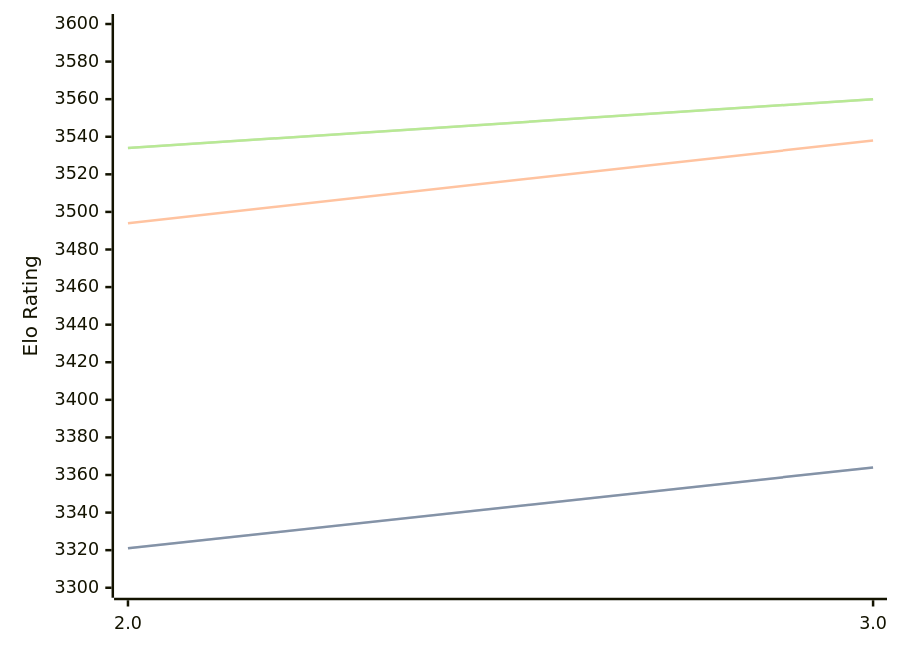
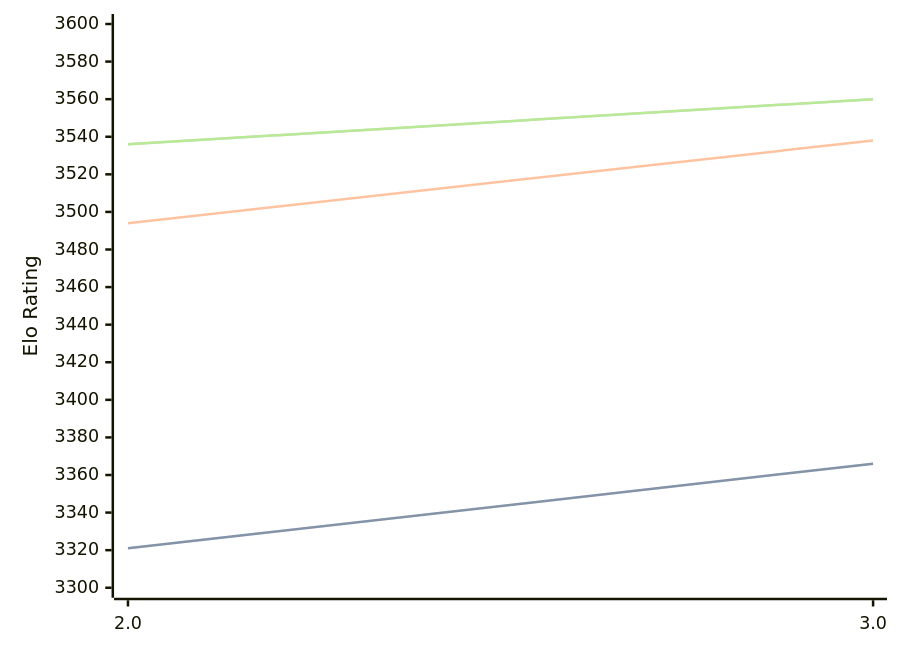
The diagram in engines/Quanticade.md (computer-chess-index/cci), drawn with Mermaid before and after one commit. The commit also changed other lines of this file, not shown here.

Commit message:
Update CCI Ratings (ELO VLTC) - 2026-03-28

````diff
--- a/engines/Quanticade.md
+++ b/engines/Quanticade.md
@@ -41,11 +41,11 @@
 ```mermaid
 %%{init: {"theme":"base","themeVariables":{"seriesColors:['#a3a3a3','#222221','#faa371']}}}%%
 xychart-beta
   x-axis ["2.0", "3.0"]
   y-axis "Elo Rating" 3300 --> 3600
-  line "STC (8.0+0.08s)" [3321, 3364]
-  line "STC (8.0+0.08s)" [3321, 3364]
+  line "STC (8.0+0.08s)" [3321, 3366]
+  line "STC (8.0+0.08s)" [3321, 3366]
   line "LTC (60.0+0.60s)" [3494, 3538]
-  line "VLTC (2m24s+1.12s)" [3534, 3560]
-  line "VLTC (2m24s+1.12s)" [3534, 3560]
+  line "VLTC (2m24s+1.12s)" [3536, 3560]
+  line "VLTC (2m24s+1.12s)" [3536, 3560]
 ```
````
